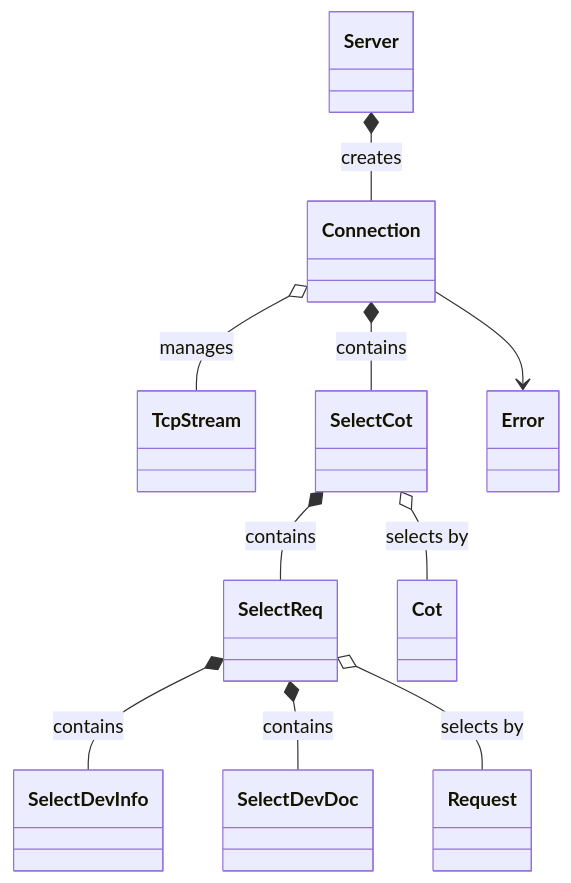
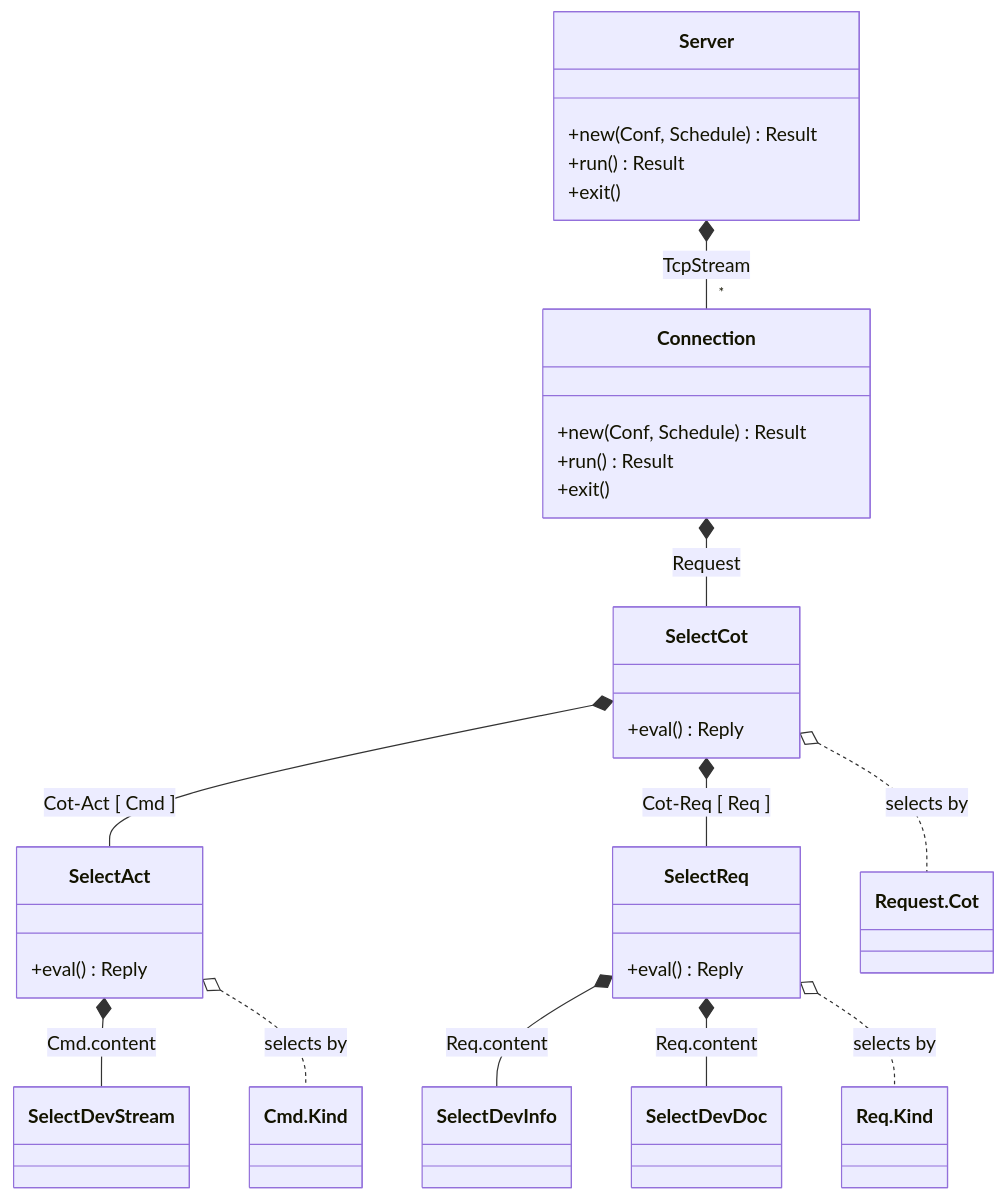
The fourth of 4 diagrams in design/structure.md (a-givertzman/idm-server), drawn with Mermaid before and after one commit. The commit also changed other lines of this file, not shown here.

Commit message:
Connection | Command::DeviceStream

````diff
--- a/design/structure.md
+++ b/design/structure.md
@@ -5,12 +68,35 @@
 ```mermaid
 classDiagram
-Server *-- Connection : creates
-Connection o-- TcpStream : manages
-Connection *-- SelectCot : contains
-Connection --> Error
-SelectCot *-- SelectReq : contains
-SelectCot o-- Cot : selects by
-SelectReq *-- SelectDevInfo : contains
-SelectReq *-- SelectDevDoc : contains
-SelectReq o-- Request : selects by
+    Server *--"*" Connection : TcpStream
+    Server: +new(Conf, Schedule) Result
+    Server: +run() Result
+    Server: +exit()
+
+    class Connection {
+        +new(Conf, Schedule) Result
+        +run() Result
+        +exit()
+    }
+    Connection *-- SelectCot : Request
+
+    class SelectCot {
+        +eval() Reply
+    }
+    SelectCot *-- SelectAct : Cot-Act [ Cmd ]
+    SelectCot *-- SelectReq : Cot-Req [ Req ]
+    SelectCot o.. Request.Cot : selects by
+    
+    class SelectAct {
+        +eval() Reply
+    }
+    SelectAct *-- SelectDevStream : Cmd.content
+    SelectAct o.. Cmd.Kind : selects by
+
+    class SelectReq {
+        +eval() Reply
+    }
+    SelectReq *-- SelectDevInfo : Req.content
+    SelectReq *-- SelectDevDoc : Req.content
+    SelectReq o.. Req.Kind : selects by
+
 ```
````
